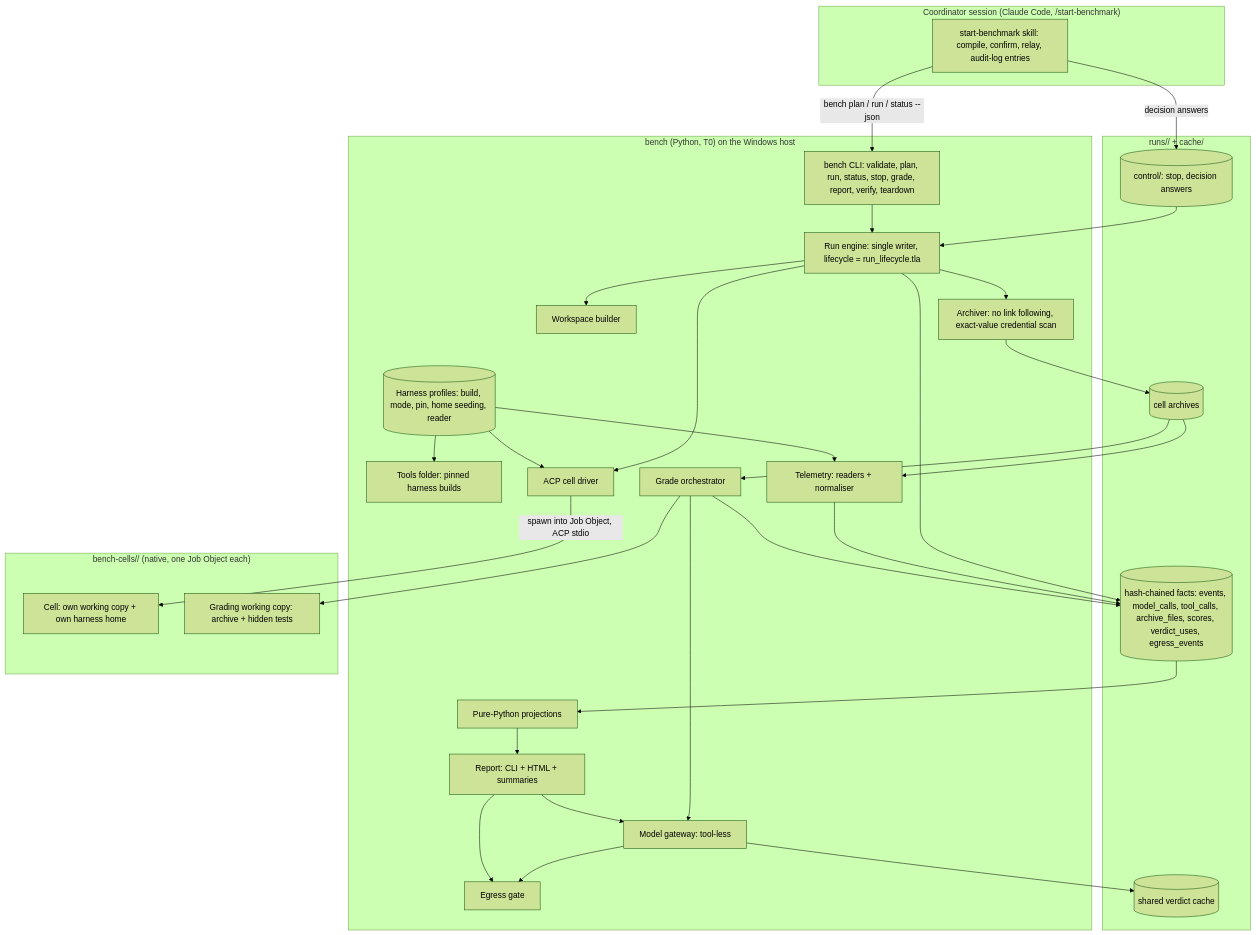
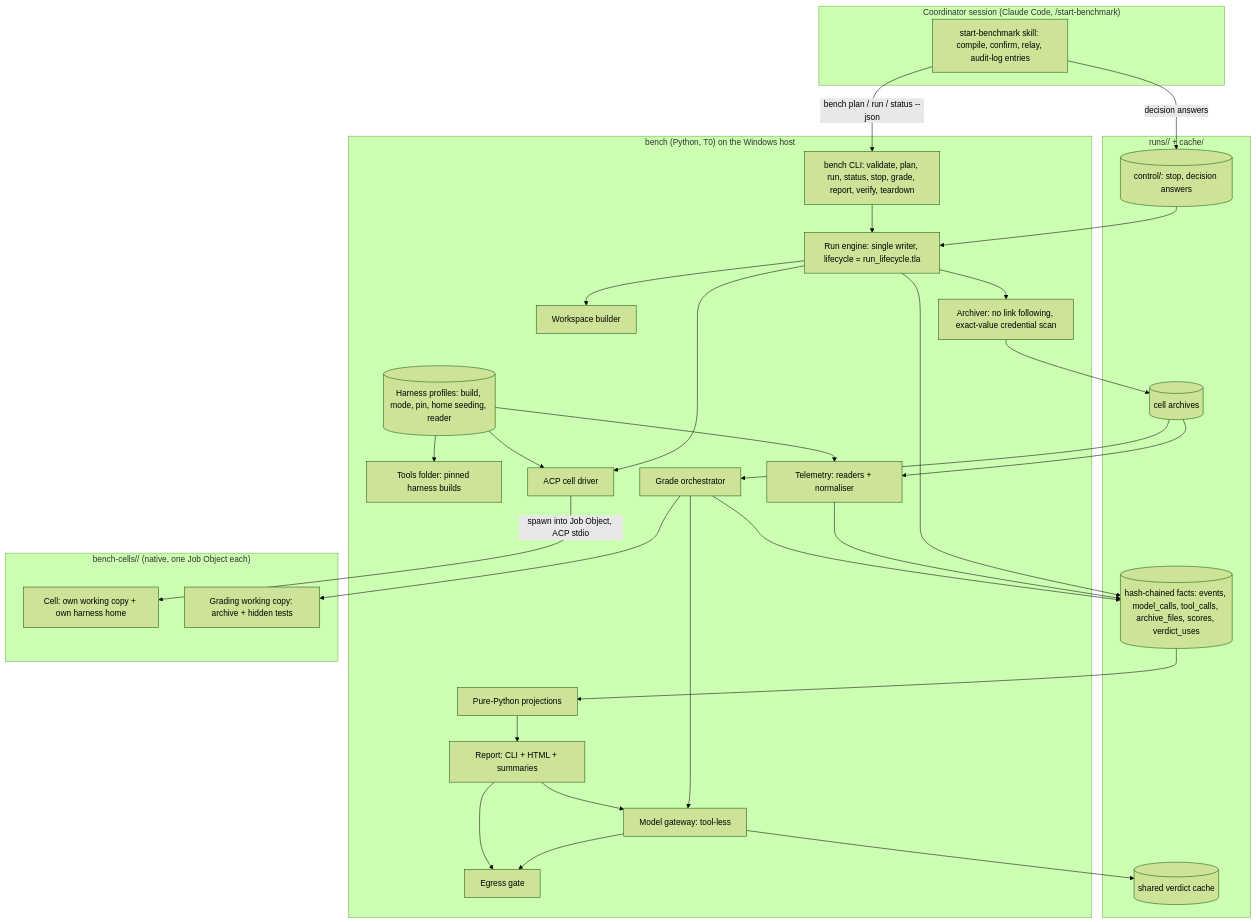
The diagram in docs/architecture.md (timianmalloo/x-harness-x-model-bench), drawn with Mermaid (forest theme) before and after one commit. The commit also changed 4 other files, not shown here.

````diff
--- a/docs/architecture.md
+++ b/docs/architecture.md
@@ -76,49 +76,49 @@
 ```mermaid
 flowchart TB
   subgraph Session["Coordinator session (Claude Code, /start-benchmark)"]
     SK[start-benchmark skill: compile, confirm, relay, audit-log entries]
   end
   subgraph Host["bench (Python, T0) on the Windows host"]
     CLI[bench CLI: validate, plan, run, status, stop, grade, report, verify, teardown]
     ENG[Run engine: single writer, lifecycle = run_lifecycle.tla]
     WSB[Workspace builder]
     TLS[Tools folder: pinned harness builds]
     PRF[(Harness profiles: build, mode, pin, home seeding, reader)]
     DRV[ACP cell driver]
     ARC[Archiver: no link following, exact-value credential scan]
     TEL[Telemetry: readers + normaliser]
     GRD[Grade orchestrator]
     GW[Model gateway: tool-less]
     EG[Egress gate]
     VIEWS[Pure-Python projections]
     REP[Report: CLI + HTML + summaries]
   end
   subgraph Store["runs/<run_id>/ + cache/"]
-    LED[(hash-chained facts: events, model_calls, tool_calls, archive_files, scores, verdict_uses, egress_events)]
+    LED[(hash-chained facts: events, model_calls, tool_calls, archive_files, scores, verdict_uses)]
     ARCH[(cell archives)]
     CTL[(control/: stop, decision answers)]
     VC[(shared verdict cache)]
   end
   subgraph Cells["bench-cells/<run>/<cell> (native, one Job Object each)"]
     CELL[Cell: own working copy + own harness home]
     GC[Grading working copy: archive + hidden tests]
   end
   SK -->|bench plan / run / status --json| CLI
   SK -->|decision answers| CTL
   CLI --> ENG
   ENG --> WSB & DRV & ARC
   PRF --> TLS & DRV & TEL
   DRV -->|spawn into Job Object, ACP stdio| CELL
   CTL --> ENG
   ENG --> LED
   ARC --> ARCH
   ARCH --> TEL --> LED
   ARCH --> GRD --> GC
   GRD --> LED
   GRD --> GW
   GW --> VC
   GW --> EG
   LED --> VIEWS --> REP
   REP --> GW
   REP --> EG
 ```
````
